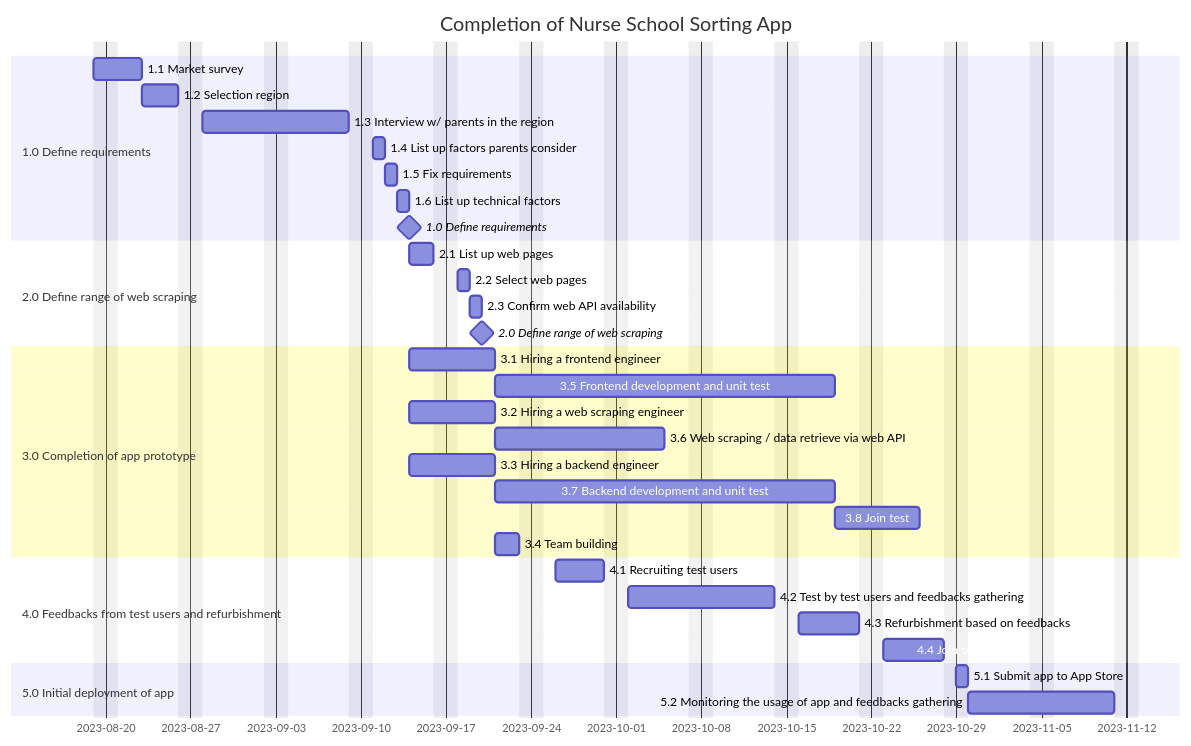
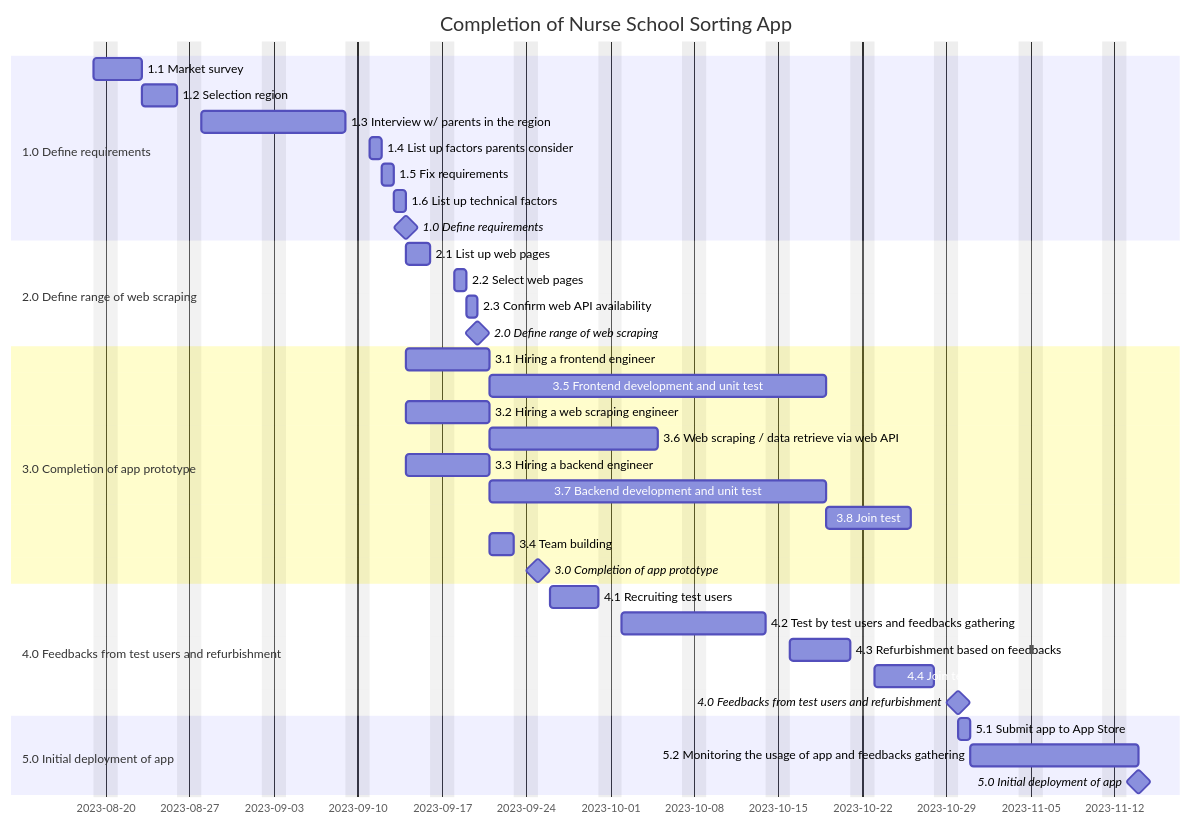
The third of 4 diagrams in README.md (riow1983/Coursera-PMP), drawn with Mermaid before and after one commit.

````diff
--- a/README.md
+++ b/README.md
@@ -166,41 +166,44 @@
 ```mermaid
 gantt
   dateFormat  YYYY-MM-DD
   title       Completion of Nurse School Sorting App
   excludes    weekends
 
   section 1.0 Define requirements
   1.1 Market survey        :2023-08-19, 3d
   1.2 Selection region :3d
   1.3 Interview w/ parents in the region  :10d
   1.4 List up factors parents consider: 1d
   1.5 Fix requirements: 1d
   1.6 List up technical factors: 0.5d
   1.0 Define requirements     :milestone, 0d
 
   section 2.0 Define range of web scraping
   2.1 List up web pages      :2023-09-14, 2d
   2.2 Select web pages      :1d
   2.3 Confirm web API availability     :1d
   2.0 Define range of web scraping: milestone, 0d
 
   section 3.0 Completion of app prototype
   3.1 Hiring a frontend engineer: 2023-09-14, 5d
   3.5 Frontend development and unit test: 20d
   3.2 Hiring a web scraping engineer: 2023-09-14, 5d
   3.6 Web scraping / data retrieve via web API: 10d
   3.3 Hiring a backend engineer: a, 2023-09-14, 5d
   3.7 Backend development and unit test: 20d
   3.8 Join test: 5d
   3.4 Team building: after a, 2d
+  3.0 Completion of app prototype: milestone, 0d
 
   section 4.0 Feedbacks from test users and refurbishment
   4.1 Recruiting test users: 2023-09-26, 4d
   4.2 Test by test users and feedbacks gathering: 10d
   4.3 Refurbishment based on feedbacks: 5d
   4.4 Join test: 5d
+  4.0 Feedbacks from test users and refurbishment: milestone, 0d
   
   section 5.0 Initial deployment of app
-  5.1 Submit app to App Store: 2023-10-29, 0.5d
+  5.1 Submit app to App Store: 2023-10-30, 0.5d
   5.2 Monitoring the usage of app and feedbacks gathering: 10d
+  5.0 Initial deployment of app: milestone, 0d
 ```
````
